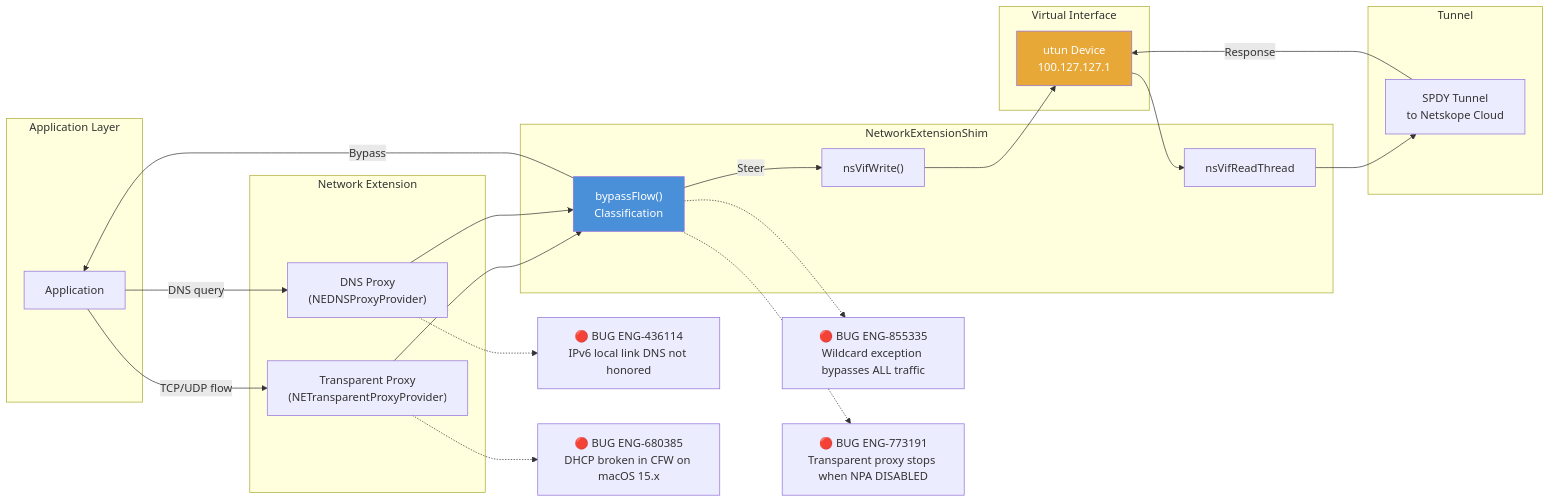
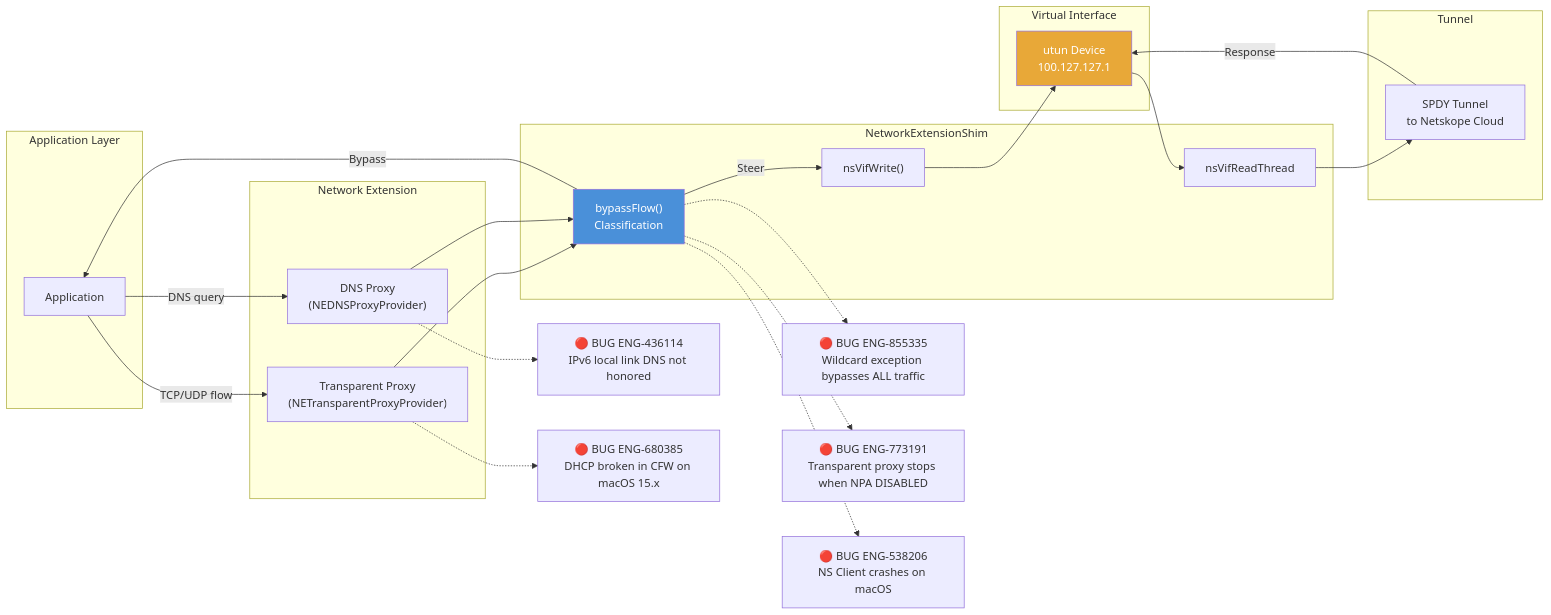
One commit to ns-klin/endpoint_system_test_plan changed the seventh of 14 diagrams in chapters/09_traffic_steering.md. Above: the diagram before and after it, drawn with Mermaid. The commit also changed other lines of this file and 26 other files, not shown here.

First line of the commit message:
Add 87 bugs from Excel enrichment and integrate into mermaid diagrams

````diff
--- a/chapters/09_traffic_steering.md
+++ b/chapters/09_traffic_steering.md
@@ -532,46 +547,47 @@
 ```mermaid
 flowchart LR
     subgraph "Application Layer"
         APP[Application]
     end
 
     subgraph "Network Extension"
         TP["Transparent Proxy<br/>(NETransparentProxyProvider)"]
         DP["DNS Proxy<br/>(NEDNSProxyProvider)"]
     end
 
     subgraph "NetworkExtensionShim"
         CLASSIFY["bypassFlow()<br/>Classification"]
         VIF_WRITE["nsVifWrite()"]
         VIF_READ["nsVifReadThread"]
     end
 
     subgraph "Virtual Interface"
         UTUN["utun Device<br/>100.127.127.1"]
     end
 
     subgraph "Tunnel"
         SPDY["SPDY Tunnel<br/>to Netskope Cloud"]
     end
 
     APP -->|TCP/UDP flow| TP
     APP -->|DNS query| DP
     TP --> CLASSIFY
     DP --> CLASSIFY
 
     CLASSIFY -->|Steer| VIF_WRITE
     CLASSIFY -->|Bypass| APP
 
     VIF_WRITE --> UTUN
     UTUN --> VIF_READ
     VIF_READ --> SPDY
     SPDY -->|Response| UTUN
 
     CLASSIFY -.-> BUG_855335M["🔴 BUG ENG-855335<br/>Wildcard exception bypasses ALL traffic"]
     CLASSIFY -.-> BUG_773191["🔴 BUG ENG-773191<br/>Transparent proxy stops when NPA DISABLED"]
     DP -.-> BUG_436114["🔴 BUG ENG-436114<br/>IPv6 local link DNS not honored"]
     TP -.-> BUG_680385["🔴 BUG ENG-680385<br/>DHCP broken in CFW on macOS 15.x"]
+    CLASSIFY -.-> BUG_538206["🔴 BUG ENG-538206<br/>NS Client crashes on macOS"]
 
     style CLASSIFY fill:#4A90D9,color:#fff
     style UTUN fill:#E8A838,color:#fff
 ```
````
